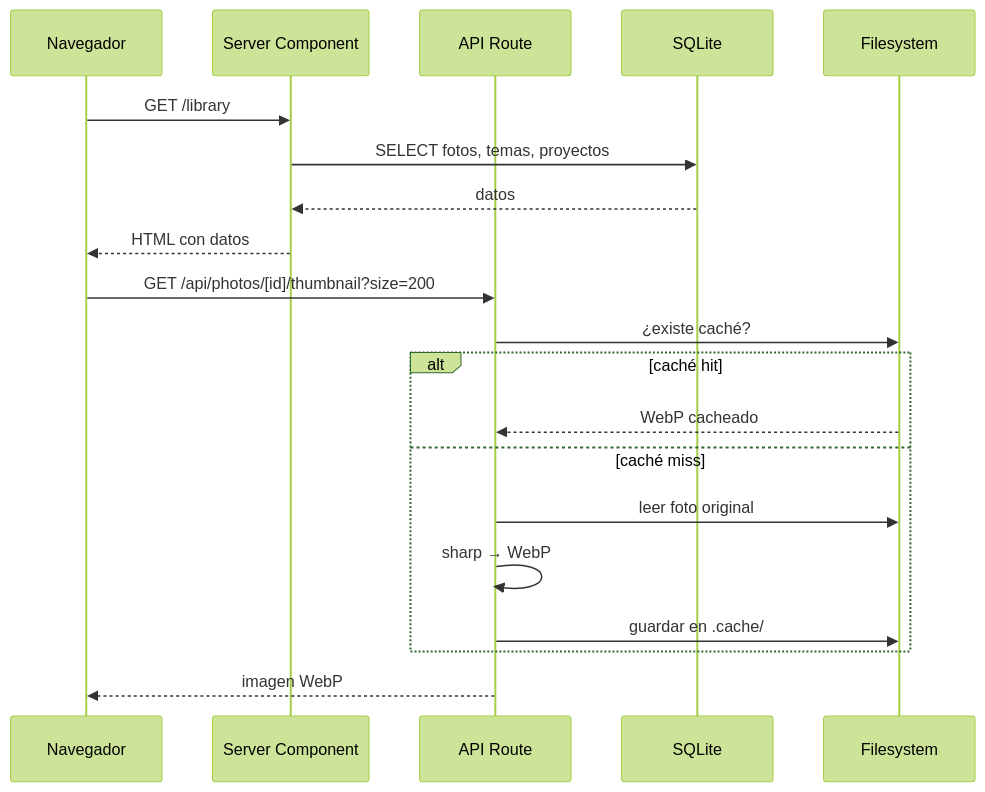
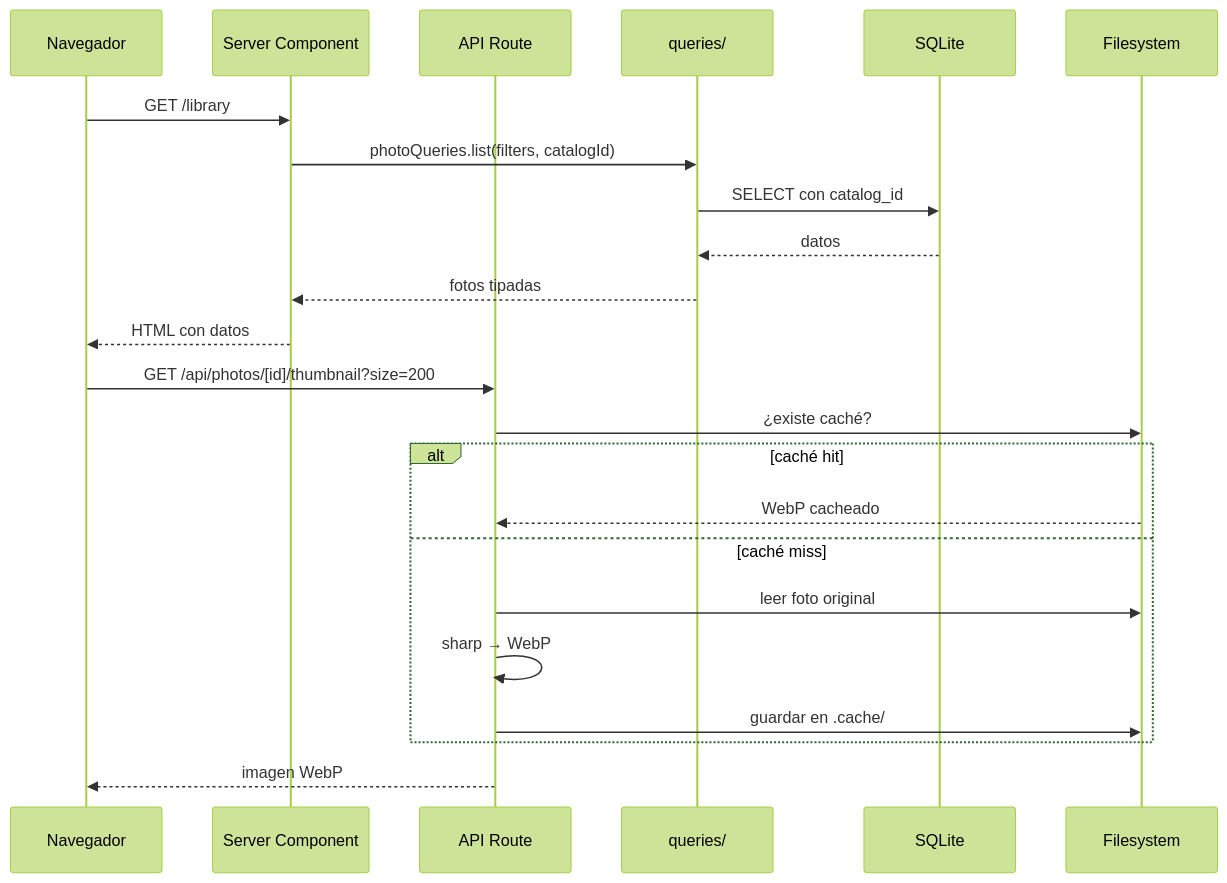
The second of 3 diagrams in docs/tecnico/01-arquitectura.md (labombina7/photoshelf), drawn with Mermaid (forest theme) before and after one commit. The commit also changed other lines of this file and 5 other files, not shown here.

````diff
--- a/docs/tecnico/01-arquitectura.md
+++ b/docs/tecnico/01-arquitectura.md
@@ -74,24 +120,27 @@
 ```mermaid
 sequenceDiagram
     participant B as Navegador
     participant RSC as Server Component
     participant API as API Route
+    participant Q as queries/
     participant DB as SQLite
     participant FS as Filesystem
 
     B->>RSC: GET /library
-    RSC->>DB: SELECT fotos, temas, proyectos
-    DB-->>RSC: datos
+    RSC->>Q: photoQueries.list(filters, catalogId)
+    Q->>DB: SELECT con catalog_id
+    DB-->>Q: datos
+    Q-->>RSC: fotos tipadas
     RSC-->>B: HTML con datos
 
     B->>API: GET /api/photos/[id]/thumbnail?size=200
     API->>FS: ¿existe caché?
     alt caché hit
         FS-->>API: WebP cacheado
     else caché miss
         API->>FS: leer foto original
         API->>API: sharp → WebP
         API->>FS: guardar en .cache/
     end
     API-->>B: imagen WebP
 ```
````
